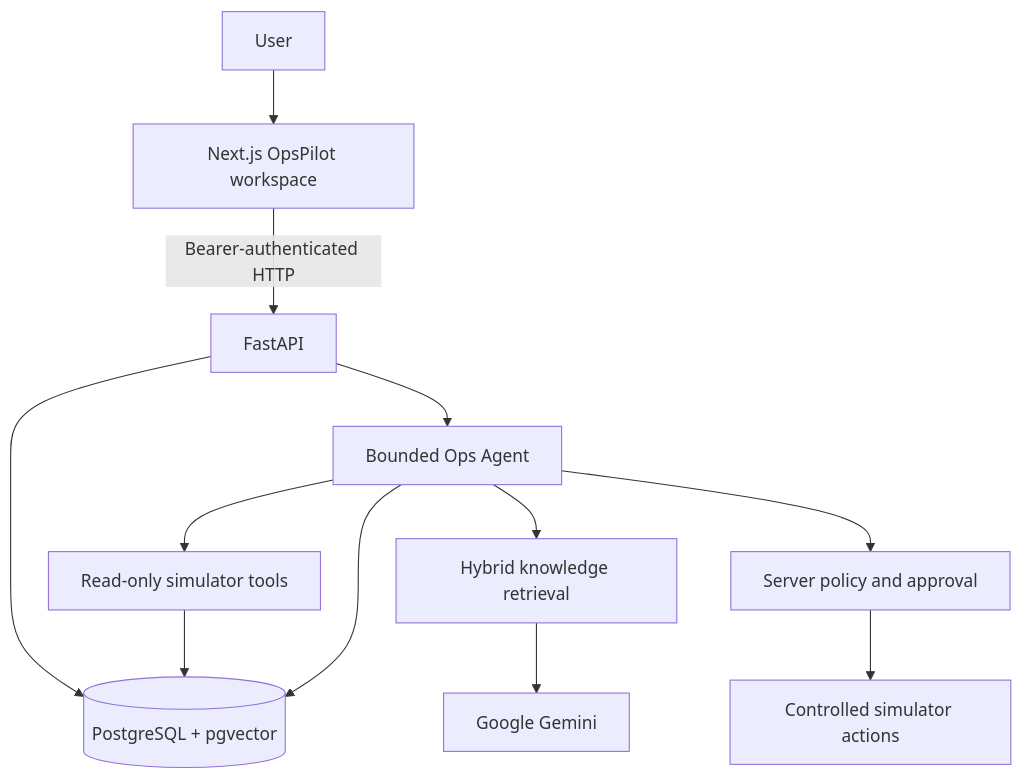
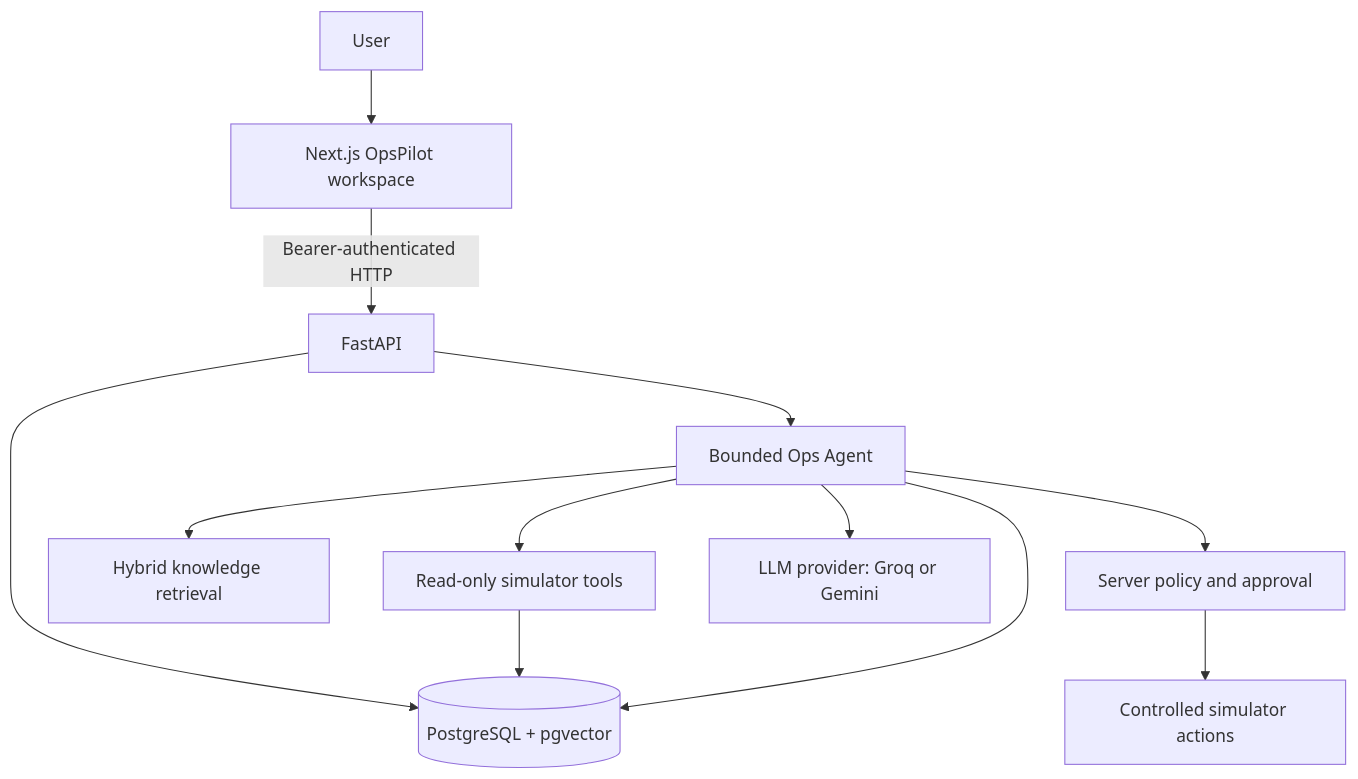
The diagram in README.md (Asadalk/OpsPilot), drawn with Mermaid before and after one commit. The commit also changed other lines of this file and 45 other files, not shown here.

First line of the commit message:
phase-23: verify flagship flow live and fix gaps found in earlier phases

````diff
--- a/README.md
+++ b/README.md
@@ -22,14 +21,14 @@
 ```mermaid
 flowchart TD
   User --> Next[Next.js OpsPilot workspace]
   Next -->|Bearer-authenticated HTTP| API[FastAPI]
   API --> Agent[Bounded Ops Agent]
   Agent --> Tools[Read-only simulator tools]
   Agent --> RAG[Hybrid knowledge retrieval]
   Agent --> Policy[Server policy and approval]
   Policy --> Sim[Controlled simulator actions]
   API --> DB[(PostgreSQL + pgvector)]
   Tools --> DB
-  RAG --> Gemini[Google Gemini]
+  Agent --> LLM[LLM provider: Groq or Gemini]
   Agent --> DB
 ```
````
